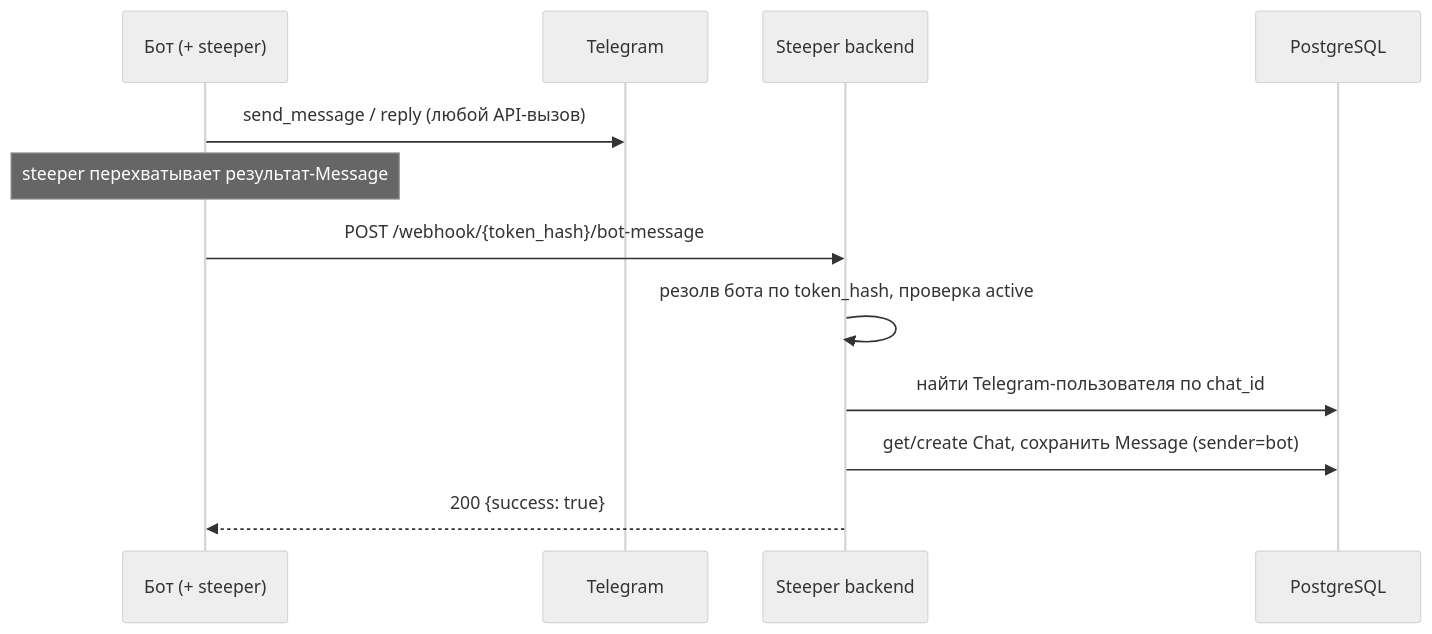
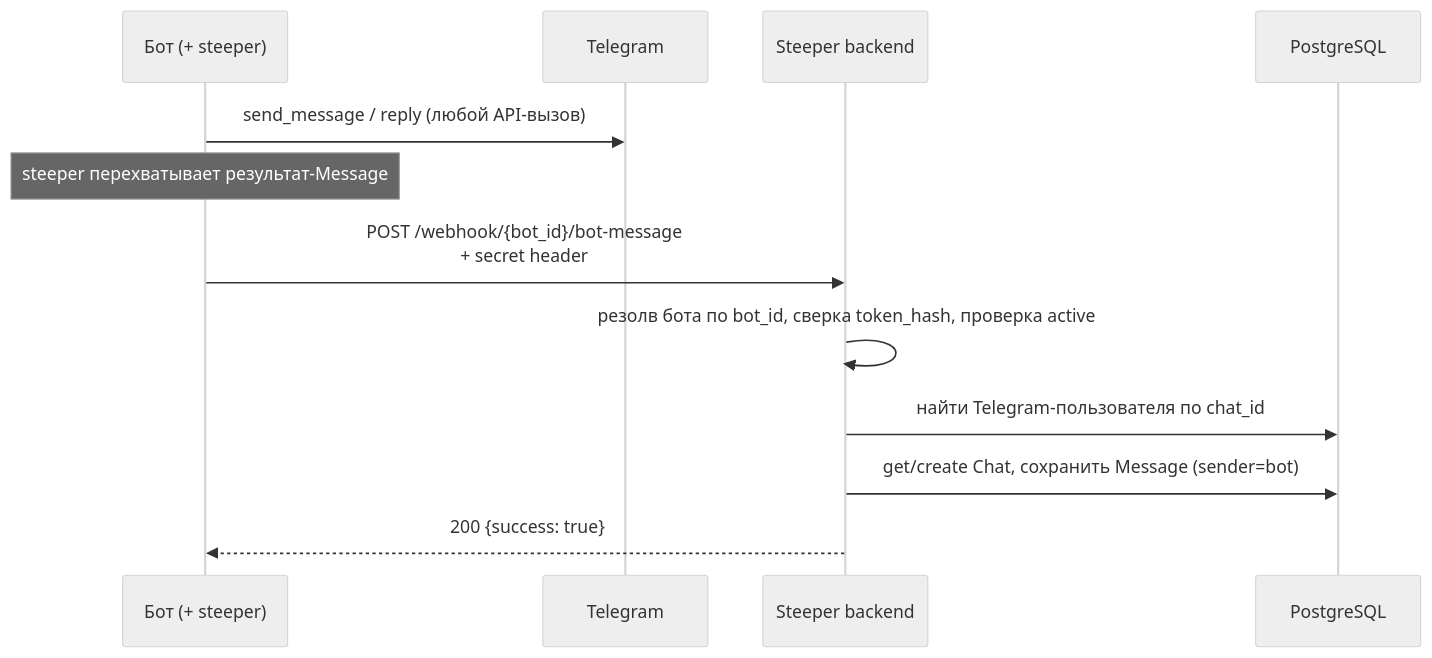
The third of 3 diagrams in docs/OVERVIEW.md (KarimovMurodilla/steeper), drawn with Mermaid (neutral theme) before and after one commit. The commit also changed other lines of this file and 7 other files, not shown here.

First line of the commit message:
refactor!: authenticate bot-message via header, bump to 0.2.0

````diff
--- a/docs/OVERVIEW.md
+++ b/docs/OVERVIEW.md
@@ -263,15 +265,15 @@
 ```mermaid
 sequenceDiagram
     participant Bot as Бот (+ steeper)
     participant TG as Telegram
     participant API as Steeper backend
     participant DB as PostgreSQL
 
     Bot->>TG: send_message / reply (любой API-вызов)
     Note over Bot: steeper перехватывает результат-Message
-    Bot->>API: POST /webhook/{token_hash}/bot-message
-    API->>API: резолв бота по token_hash, проверка active
+    Bot->>API: POST /webhook/{bot_id}/bot-message<br/>+ secret header
+    API->>API: резолв бота по bot_id, сверка token_hash, проверка active
     API->>DB: найти Telegram-пользователя по chat_id
     API->>DB: get/create Chat, сохранить Message (sender=bot)
     API-->>Bot: 200 {success: true}
 ```
````
